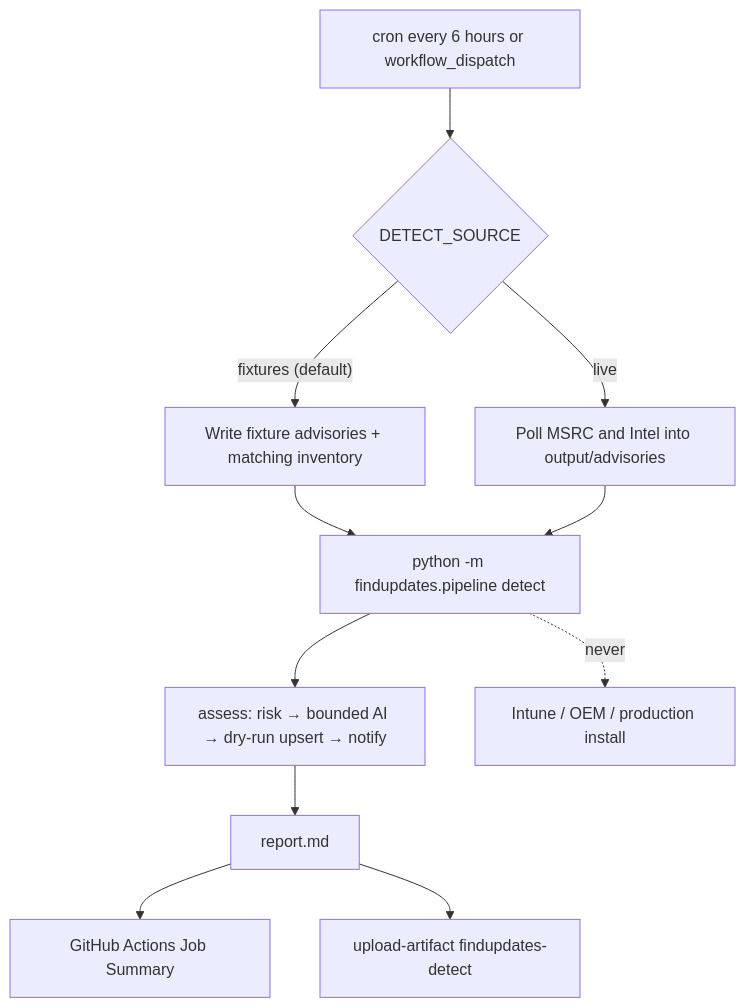
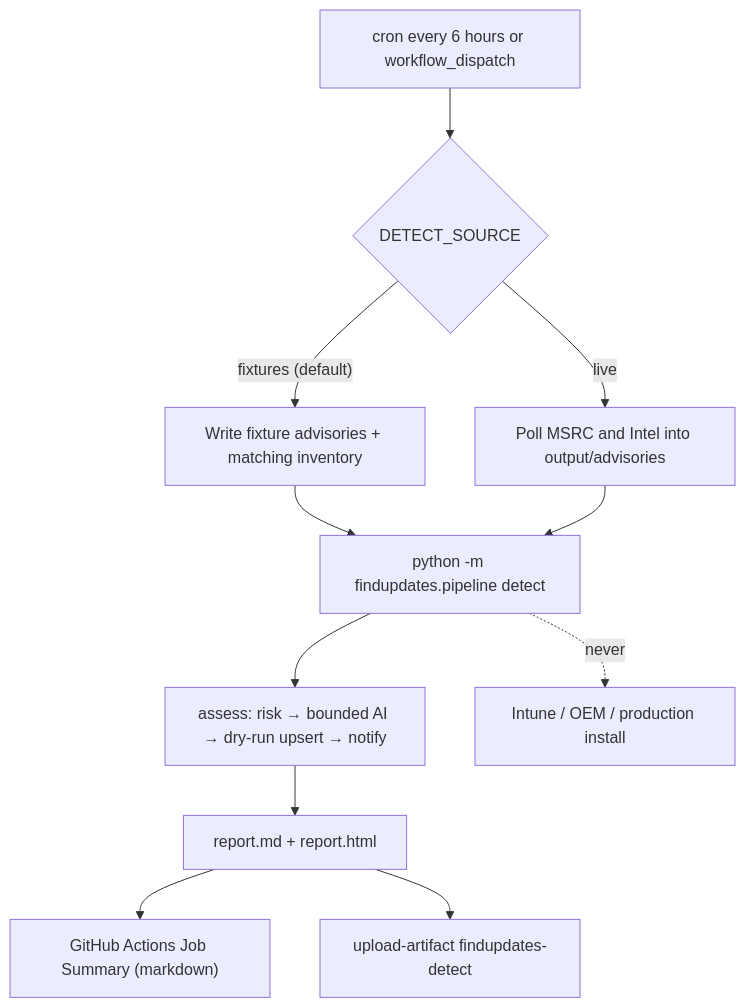
The third of 3 diagrams in README.md (defrances/FindUpdates), drawn with Mermaid before and after one commit. The commit also changed other lines of this file and 10 other files, not shown here.

Commit message:
Render station recommendations as a modern English HTML report for #71.

````diff
--- a/README.md
+++ b/README.md
@@ -116,13 +116,13 @@
 ```mermaid
 flowchart TD
   Trigger["cron every 6 hours or workflow_dispatch"] --> Source{"DETECT_SOURCE"}
   Source -->|"fixtures (default)"| Fix["Write fixture advisories + matching inventory"]
   Source -->|"live"| Poll["Poll MSRC and Intel into output/advisories"]
   Fix --> Detect["python -m findupdates.pipeline detect"]
   Poll --> Detect
   Detect --> Assess["assess: risk → bounded AI → dry-run upsert → notify"]
-  Assess --> Report["report.md"]
-  Report --> Summary["GitHub Actions Job Summary"]
+  Assess --> Report["report.md + report.html"]
+  Report --> Summary["GitHub Actions Job Summary (markdown)"]
   Report --> Artifacts["upload-artifact findupdates-detect"]
   Detect -.->|"never"| NoDeploy["Intune / OEM / production install"]
 ```
````
